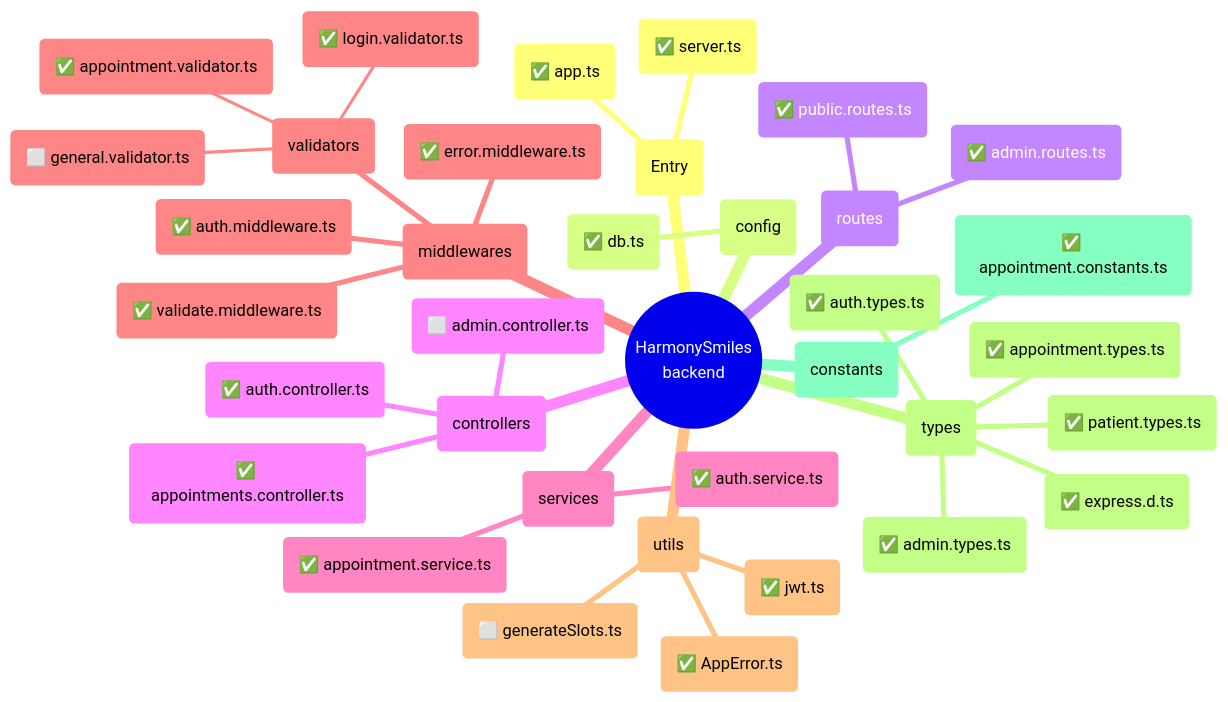
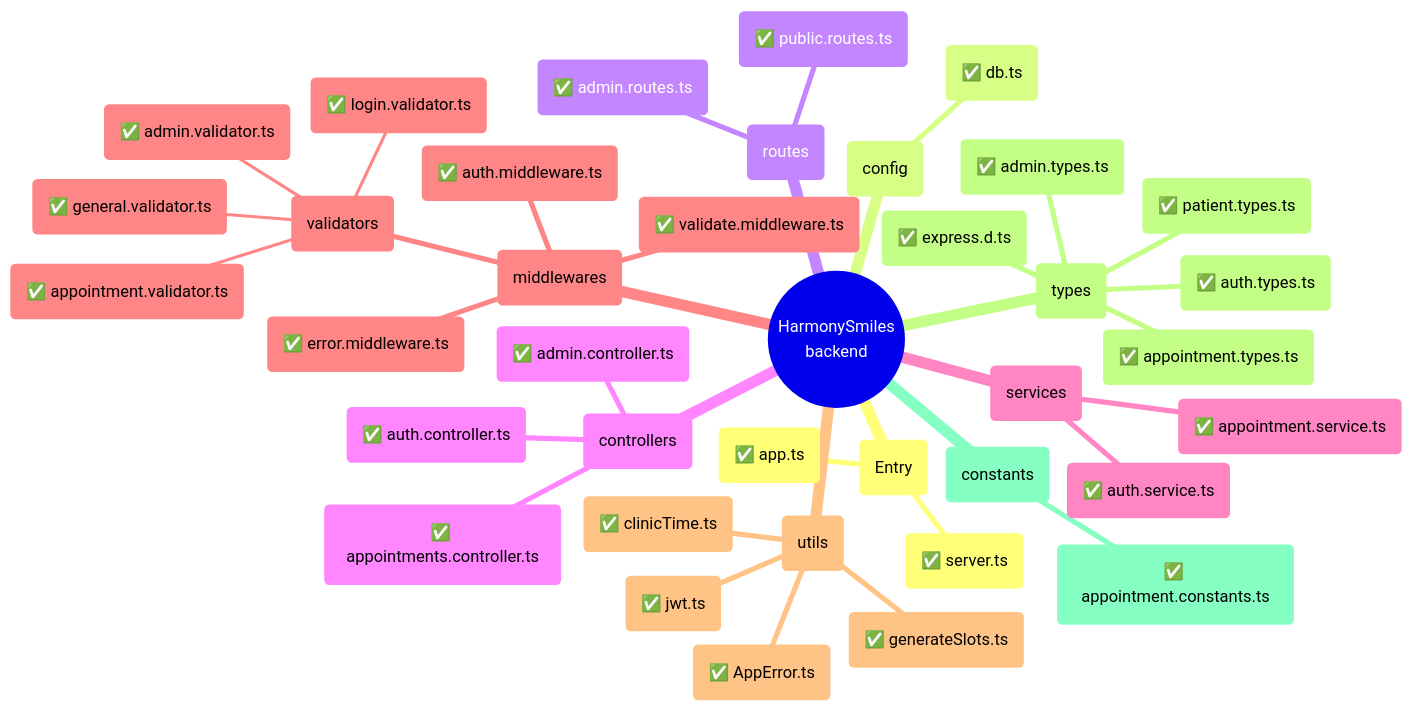
Before and after one commit to BoudiHamed/HarmonySmiles: the first of 2 diagrams in ARCHITECTURE.md, drawn with Mermaid. The commit also changed other lines of this file and 101 other files, not shown here.

First line of the commit message:
Implement available-slots, admin appointment management, and admin seeding

````diff
--- a/ARCHITECTURE.md
+++ b/ARCHITECTURE.md
@@ -11,39 +11,41 @@
 ```mermaid
 mindmap
   root(("HarmonySmiles<br/>backend"))
     ("Entry")
       ("✅ server.ts")
       ("✅ app.ts")
     ("config")
       ("✅ db.ts")
     ("routes")
       ("✅ public.routes.ts")
       ("✅ admin.routes.ts")
     ("controllers")
       ("✅ appointments.controller.ts")
-      ("⬜ admin.controller.ts")
+      ("✅ admin.controller.ts")
       ("✅ auth.controller.ts")
     ("services")
       ("✅ appointment.service.ts")
       ("✅ auth.service.ts")
     ("middlewares")
       ("✅ validate.middleware.ts")
       ("✅ error.middleware.ts")
       ("✅ auth.middleware.ts")
       ("validators")
         ("✅ appointment.validator.ts")
-        ("⬜ general.validator.ts")
+        ("✅ general.validator.ts")
         ("✅ login.validator.ts")
+        ("✅ admin.validator.ts")
     ("utils")
       ("✅ AppError.ts")
-      ("⬜ generateSlots.ts")
+      ("✅ generateSlots.ts")
+      ("✅ clinicTime.ts")
       ("✅ jwt.ts")
     ("types")
       ("✅ appointment.types.ts")
       ("✅ patient.types.ts")
       ("✅ admin.types.ts")
       ("✅ auth.types.ts")
       ("✅ express.d.ts")
     ("constants")
       ("✅ appointment.constants.ts")
 ```
````
